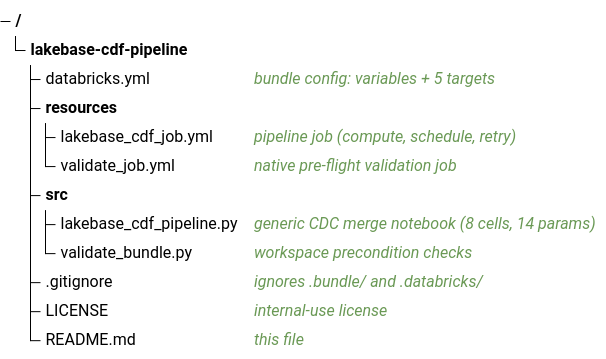
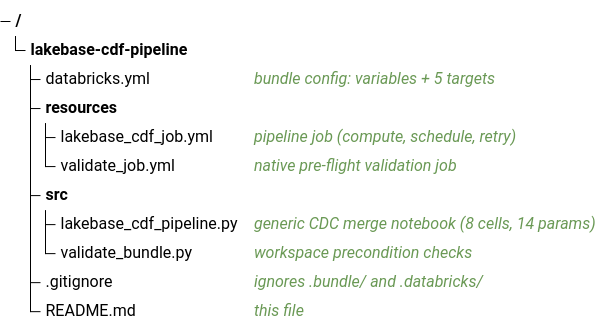
Before and after one commit to RohitDashora/lakebase-cdf-pipeline: the second of 4 diagrams in README.md, drawn with Mermaid. The commit also changed other lines of this file and 1 other file, not shown here.

First line of the commit message:
Remove LICENSE

````diff
--- a/README.md
+++ b/README.md
@@ -37,14 +37,13 @@
 ```mermaid
 treeView-beta
     lakebase-cdf-pipeline/
         databricks.yml ## bundle config: variables + 5 targets
         resources/
             lakebase_cdf_job.yml ## pipeline job (compute, schedule, retry)
             validate_job.yml ## native pre-flight validation job
         src/
             lakebase_cdf_pipeline.py ## generic CDC merge notebook (8 cells, 14 params)
             validate_bundle.py ## workspace precondition checks
         .gitignore ## ignores .bundle/ and .databricks/
-        LICENSE ## internal-use license
         README.md ## this file
 ```
````
